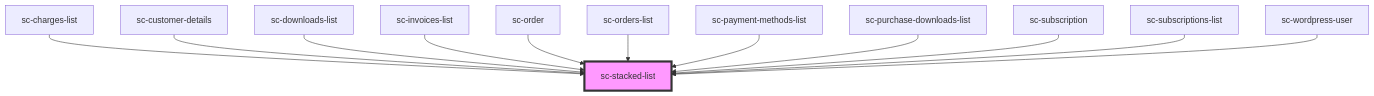
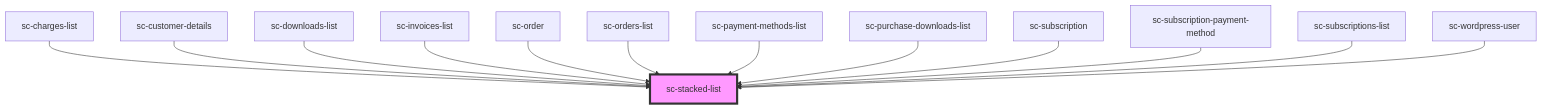
Before and after one commit to surecart/surecart-wp-plugin: the diagram in packages/components/src/components/ui/stacked-list/readme.md, drawn with Mermaid. The commit also changed other lines of this file and 23 other files, not shown here.

````diff
--- a/packages/components/src/components/ui/stacked-list/readme.md
+++ b/packages/components/src/components/ui/stacked-list/readme.md
@@ -25,15 +26,16 @@
 ```mermaid
 graph TD;
   sc-charges-list --> sc-stacked-list
   sc-customer-details --> sc-stacked-list
   sc-downloads-list --> sc-stacked-list
   sc-invoices-list --> sc-stacked-list
   sc-order --> sc-stacked-list
   sc-orders-list --> sc-stacked-list
   sc-payment-methods-list --> sc-stacked-list
   sc-purchase-downloads-list --> sc-stacked-list
   sc-subscription --> sc-stacked-list
+  sc-subscription-payment-method --> sc-stacked-list
   sc-subscriptions-list --> sc-stacked-list
   sc-wordpress-user --> sc-stacked-list
   style sc-stacked-list fill:#f9f,stroke:#333,stroke-width:4px
 ```
````
